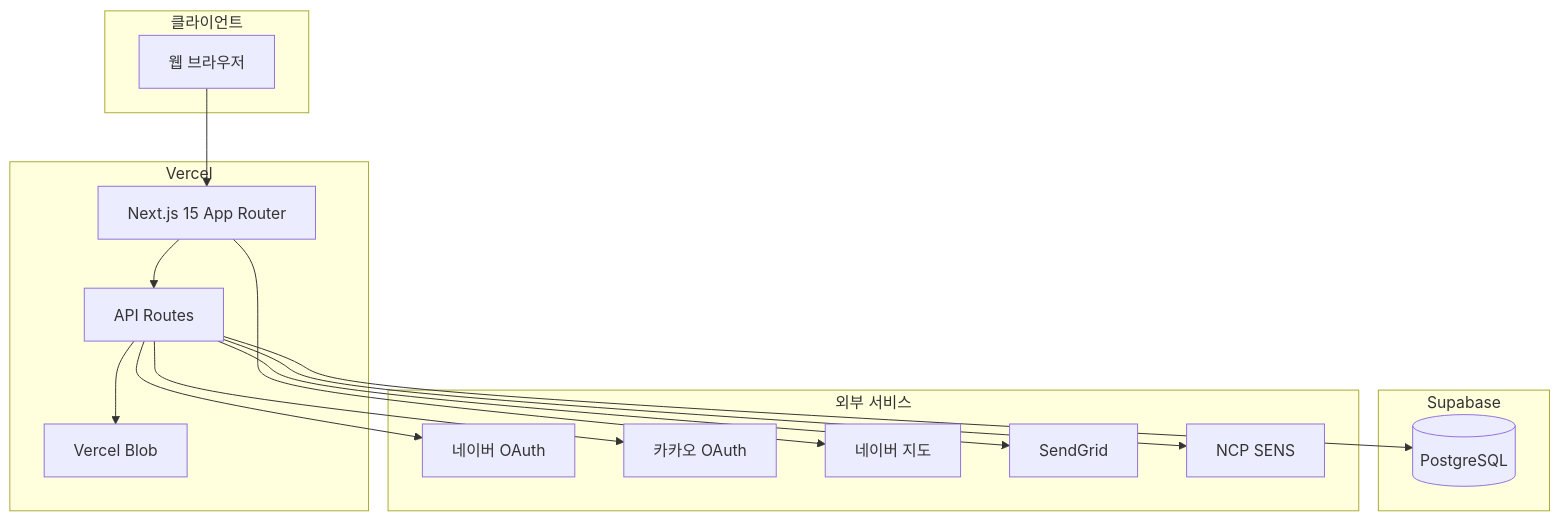
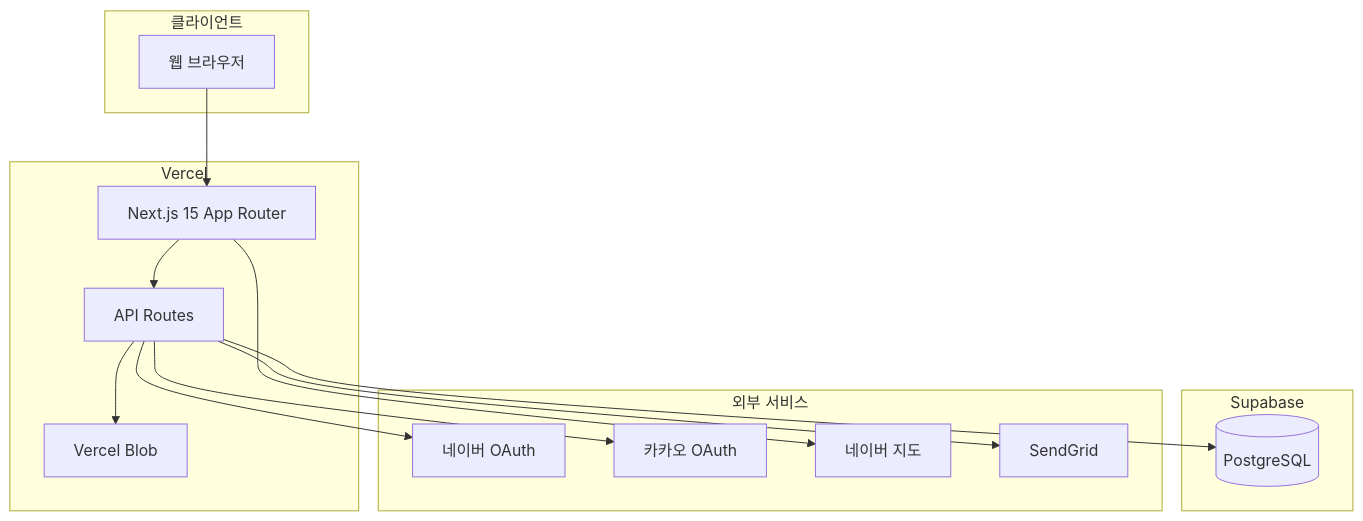
Before and after one commit to donggori2025/donggori: the diagram in docs/handover/05-환경-인프라.md, drawn with Mermaid. The commit also changed other lines of this file and 148 other files, not shown here.

Commit message:
fix: harden auth and simplify factory flows

````diff
--- a/docs/handover/05-환경-인프라.md
+++ b/docs/handover/05-환경-인프라.md
@@ -5,34 +5,32 @@
 ```mermaid
 flowchart TB
     subgraph Client["클라이언트"]
         Browser[웹 브라우저]
     end
 
     subgraph Vercel["Vercel"]
         NextJS[Next.js 15 App Router]
         API[API Routes]
         Blob[Vercel Blob]
     end
 
     subgraph Supabase["Supabase"]
         PG[(PostgreSQL)]
     end
 
     subgraph External["외부 서비스"]
         NaverOAuth[네이버 OAuth]
         KakaoOAuth[카카오 OAuth]
         NaverMap[네이버 지도]
         SendGrid[SendGrid]
-        NCPSENS[NCP SENS]
     end
 
     Browser --> NextJS
     NextJS --> API
     API --> PG
     API --> Blob
     API --> NaverOAuth
     API --> KakaoOAuth
     API --> SendGrid
-    API --> NCPSENS
     NextJS --> NaverMap
 ```
````
